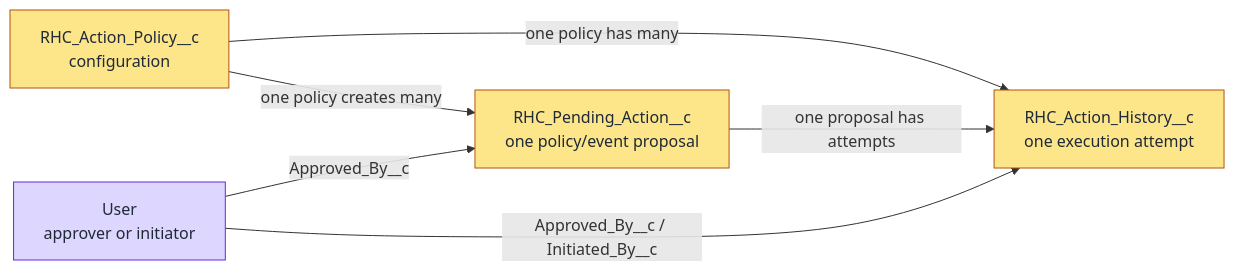
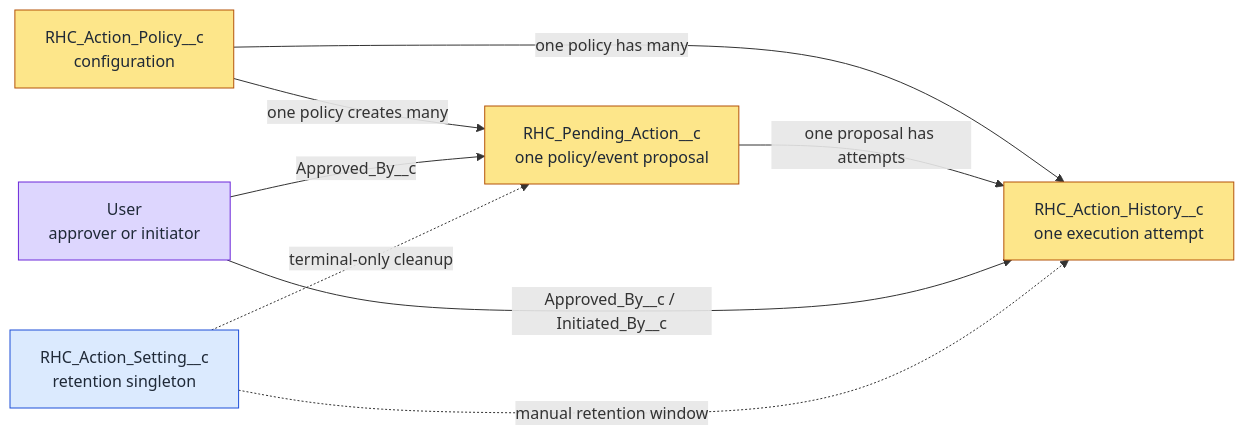
One commit to gkolan/record-health-check-extensions changed the diagram in packages/rhc-actions/docs/DATA_MODEL.md. Above: the diagram before and after it, drawn with Mermaid. The commit also changed other lines of this file and 355 other files, not shown here.

````diff
--- a/packages/rhc-actions/docs/DATA_MODEL.md
+++ b/packages/rhc-actions/docs/DATA_MODEL.md
@@ -9,19 +10,23 @@
 ```mermaid
 %%{init: {"flowchart": {"nodeSpacing": 70, "rankSpacing": 65}} }%%
 flowchart LR
     POLICY["RHC_Action_Policy__c<br/>configuration"]
     PENDING["RHC_Pending_Action__c<br/>one policy/event proposal"]
     HISTORY["RHC_Action_History__c<br/>one execution attempt"]
+    SETTING["RHC_Action_Setting__c<br/>retention singleton"]
     USER["User<br/>approver or initiator"]
 
     POLICY -->|"one policy creates many"| PENDING
     POLICY -->|"one policy has many"| HISTORY
     PENDING -->|"one proposal has attempts"| HISTORY
     USER -->|"Approved_By__c"| PENDING
     USER -->|"Approved_By__c / Initiated_By__c"| HISTORY
+    SETTING -.->|"manual retention window"| HISTORY
+    SETTING -.->|"terminal-only cleanup"| PENDING
 
     style POLICY fill:#fde68a,stroke:#b45309,color:#1f2937
     style PENDING fill:#fde68a,stroke:#b45309,color:#1f2937
     style HISTORY fill:#fde68a,stroke:#b45309,color:#1f2937
+    style SETTING fill:#dbeafe,stroke:#1d4ed8,color:#1f2937
     style USER fill:#ddd6fe,stroke:#6d28d9,color:#1f2937
 ```
````
